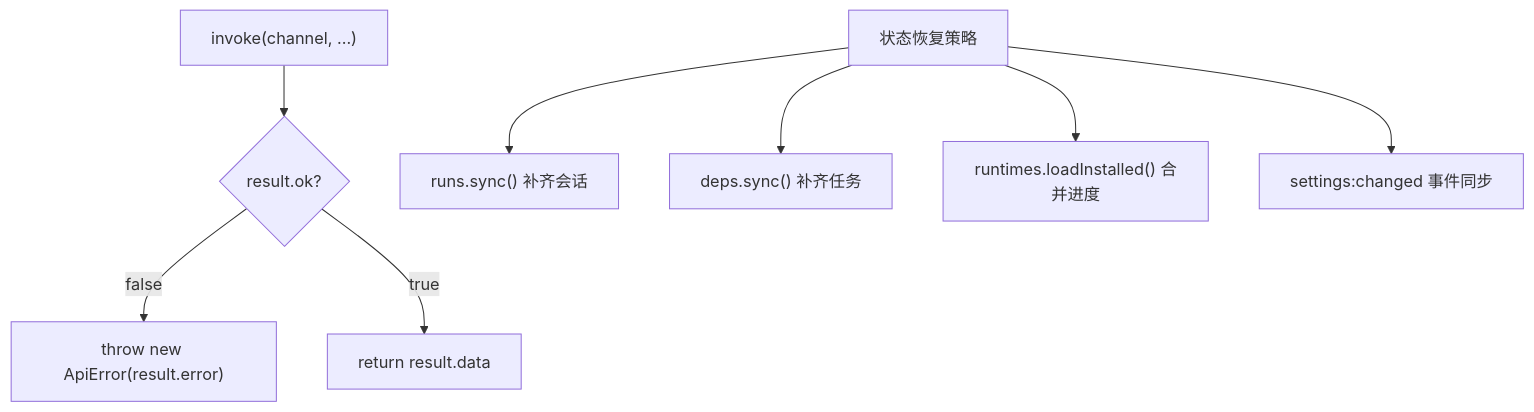
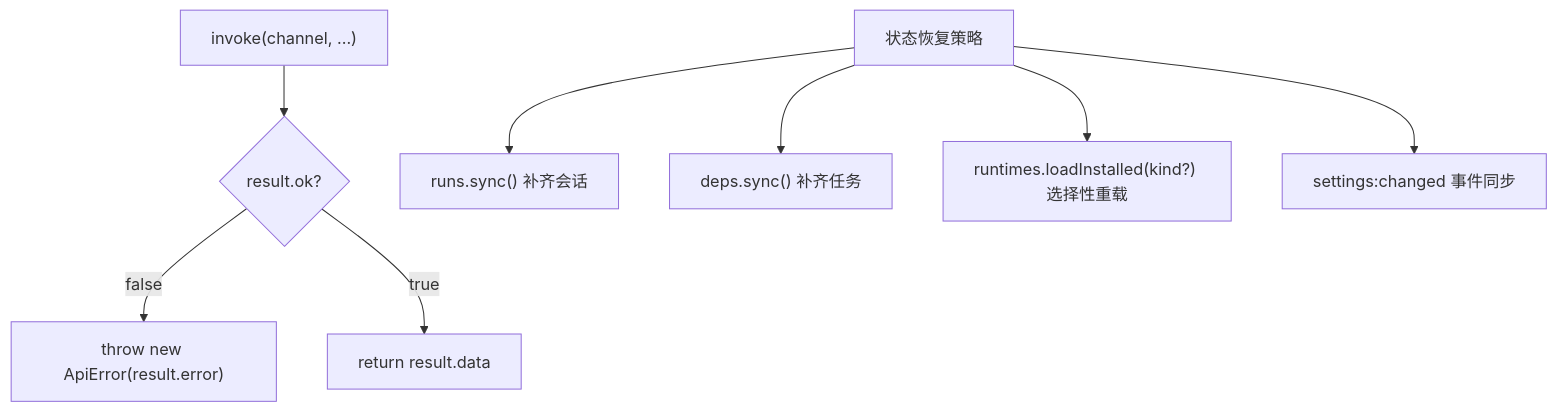
Before and after one commit to hozeeee/script-box: the tenth of 10 diagrams in .qoder/repowiki/zh/content/前端应用架构/状态管理.md, drawn with Mermaid. The commit also changed other lines of this file and 8 other files, not shown here.

````diff
--- a/.qoder/repowiki/zh/content/前端应用架构/状态管理.md
+++ b/.qoder/repowiki/zh/content/前端应用架构/状态管理.md
@@ -425,10 +461,10 @@
 ```mermaid
 flowchart TD
 Invoke["invoke(channel, ...)"] --> Result{"result.ok?"}
 Result --> |false| Throw["throw new ApiError(result.error)"]
 Result --> |true| Return["return result.data"]
 Recover["状态恢复策略"] --> RunsSync["runs.sync() 补齐会话"]
 Recover --> DepsSync["deps.sync() 补齐任务"]
-Recover --> RuntimeLoad["runtimes.loadInstalled() 合并进度"]
+Recover --> RuntimeLoad["runtimes.loadInstalled(kind?) 选择性重载"]
 Recover --> SettingsChanged["settings:changed 事件同步"]
 ```
````
